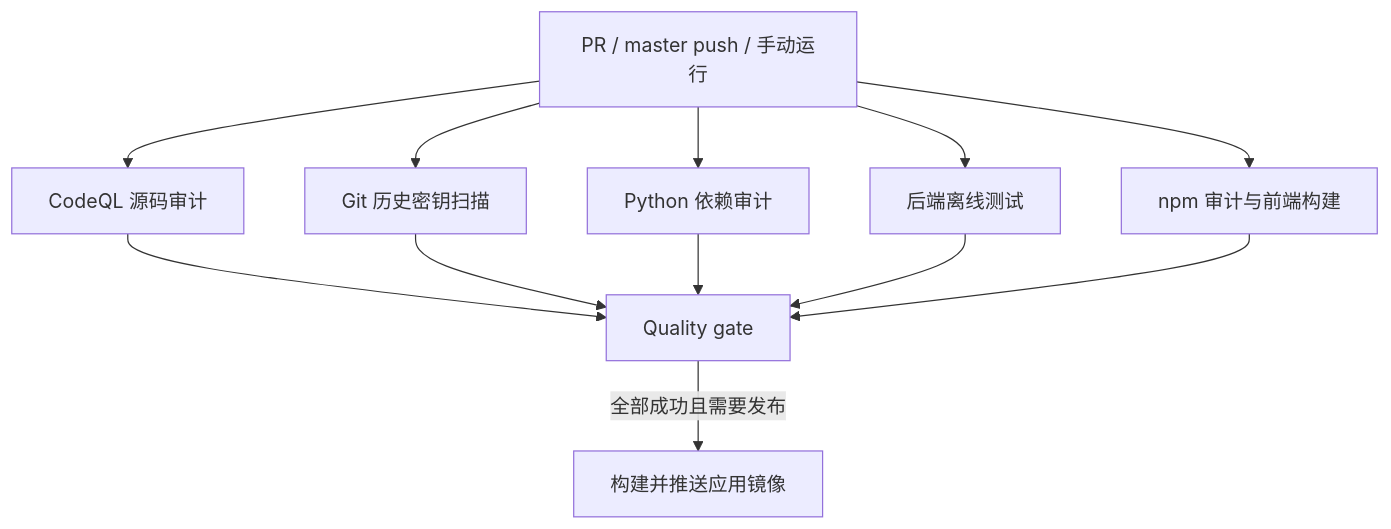
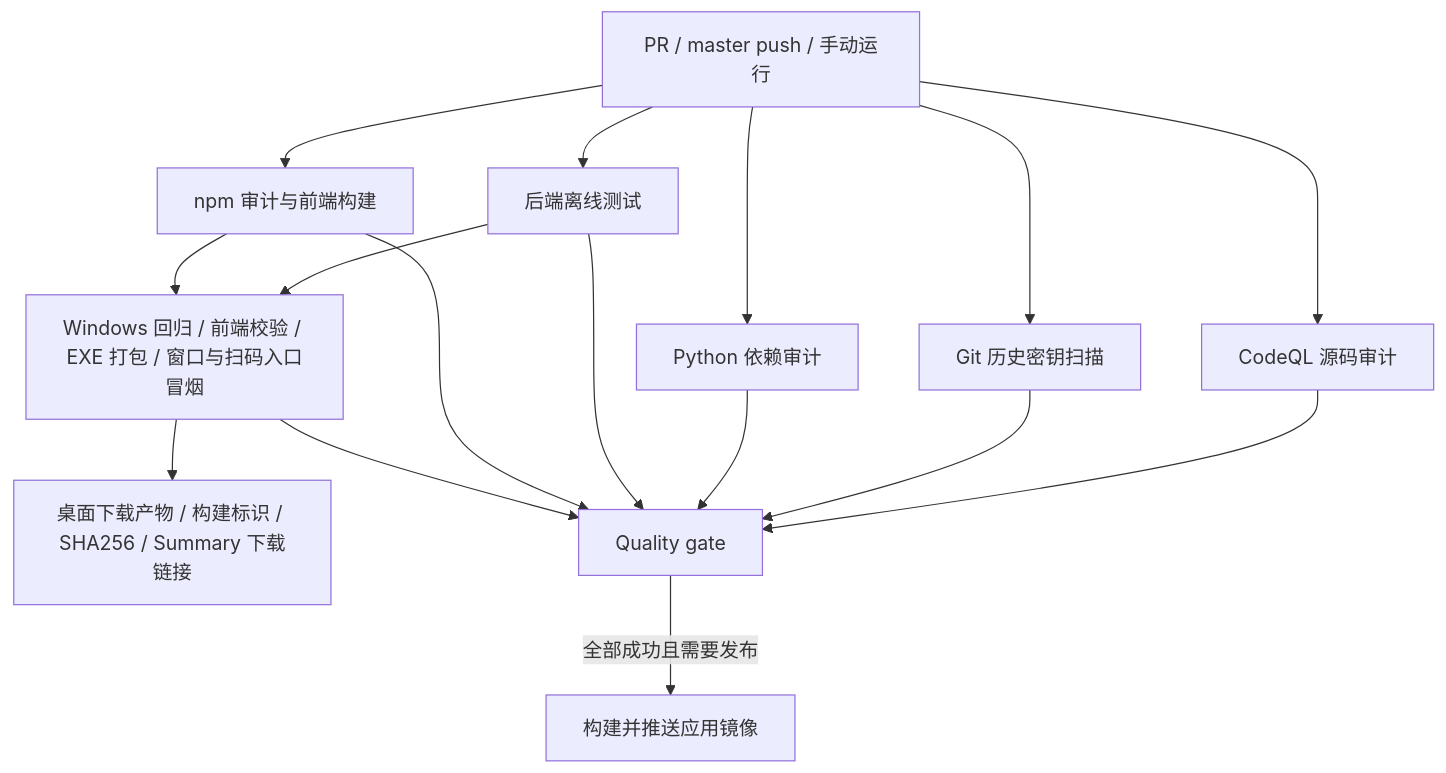
The diagram in docs/CI_CODE_AUDIT.md (12-test-12/ai-goofish-monitor), drawn with Mermaid before and after one commit. The commit also changed other lines of this file and 7 other files, not shown here.

````diff
--- a/docs/CI_CODE_AUDIT.md
+++ b/docs/CI_CODE_AUDIT.md
@@ -12,14 +12,18 @@
 ```mermaid
 flowchart TD
     A[PR / master push / 手动运行] --> B[CodeQL 源码审计]
     A --> C[Git 历史密钥扫描]
     A --> D[Python 依赖审计]
     A --> E[后端离线测试]
     A --> F[npm 审计与前端构建]
+    E --> W[Windows 回归 / 前端校验 / EXE 打包 / 窗口与扫码入口冒烟]
+    F --> W
+    W --> P[桌面下载产物 / 构建标识 / SHA256 / Summary 下载链接]
     B --> G[Quality gate]
     C --> G
     D --> G
     E --> G
     F --> G
+    W --> G
     G -->|全部成功且需要发布| H[构建并推送应用镜像]
 ```
````
